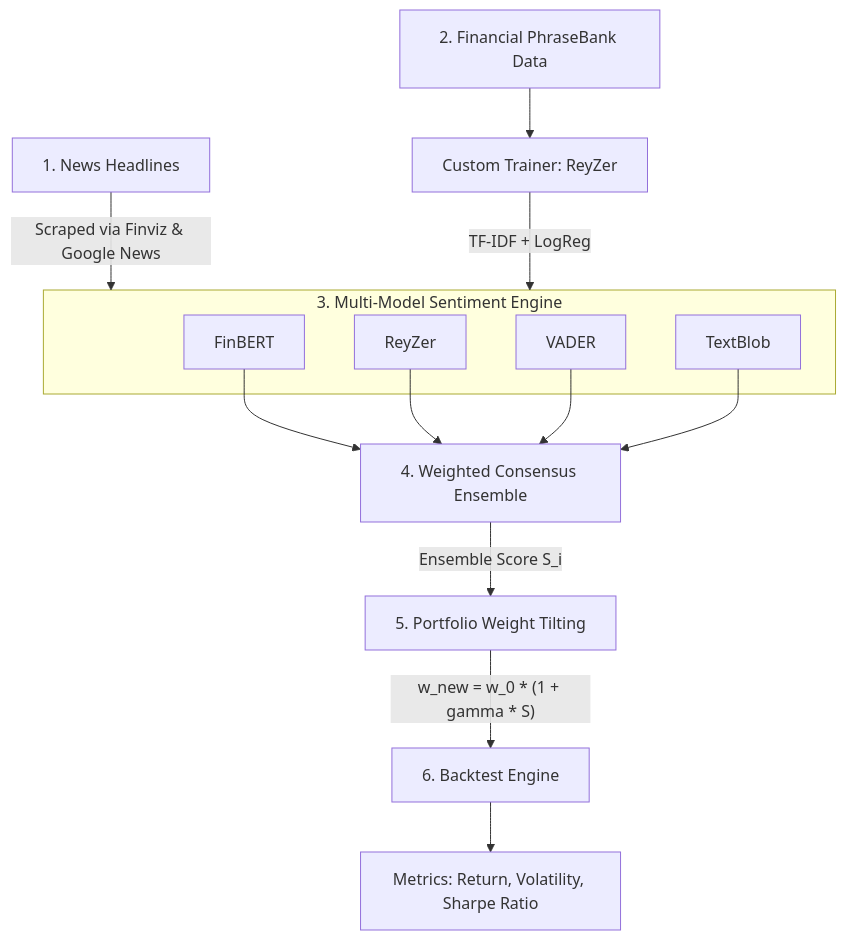
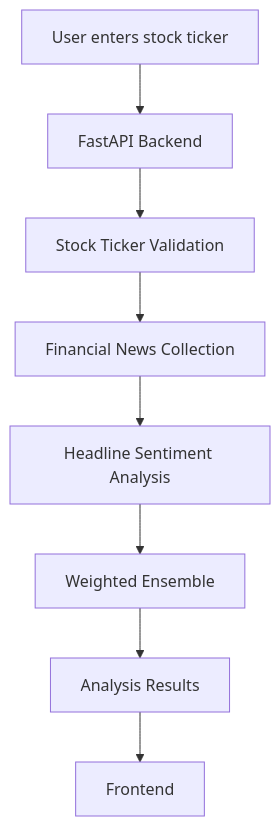
The diagram in README.md (creydit/Stock-Portfolio-Management), drawn with Mermaid before and after one commit. The commit also changed other lines of this file, not shown here.

````diff
--- a/README.md
+++ b/README.md
@@ -19,23 +49,19 @@
 ```mermaid
-graph TD
-    A[1. News Headlines] -->|Scraped via Finviz & Google News| C[3. Sentiment Engine]
-    B[2. Financial PhraseBank Data] --> M[Custom Trainer: ReyZer]
-    M -->|TF-IDF + LogReg| C
+flowchart TD
+    A[User enters stock ticker]
+    B[FastAPI Backend]
+    C[Stock Ticker Validation]
+    D[Financial News Collection]
+    E[Headline Sentiment Analysis]
+    F[Weighted Ensemble]
+    G[Analysis Results]
+    H[Frontend]
 
-    subgraph C [3. Multi-Model Sentiment Engine]
-        C1[FinBERT]
-        C2[ReyZer]
-        C3[VADER]
-        C4[TextBlob]
-    end
-
-    C1 --> D[4. Weighted Consensus Ensemble]
-    C2 --> D
-    C3 --> D
-    C4 --> D
-    
-    D -->|Ensemble Score S_i| E[5. Portfolio Weight Tilting]
-    
-    E -->|"w_new = w_0 * (1 + gamma * S)"| F[6. Backtest Engine]
-    F --> G[Metrics: Return, Volatility, Sharpe Ratio]
+    A --> B
+    B --> C
+    C --> D
+    D --> E
+    E --> F
+    F --> G
+    G --> H
 ```
````
